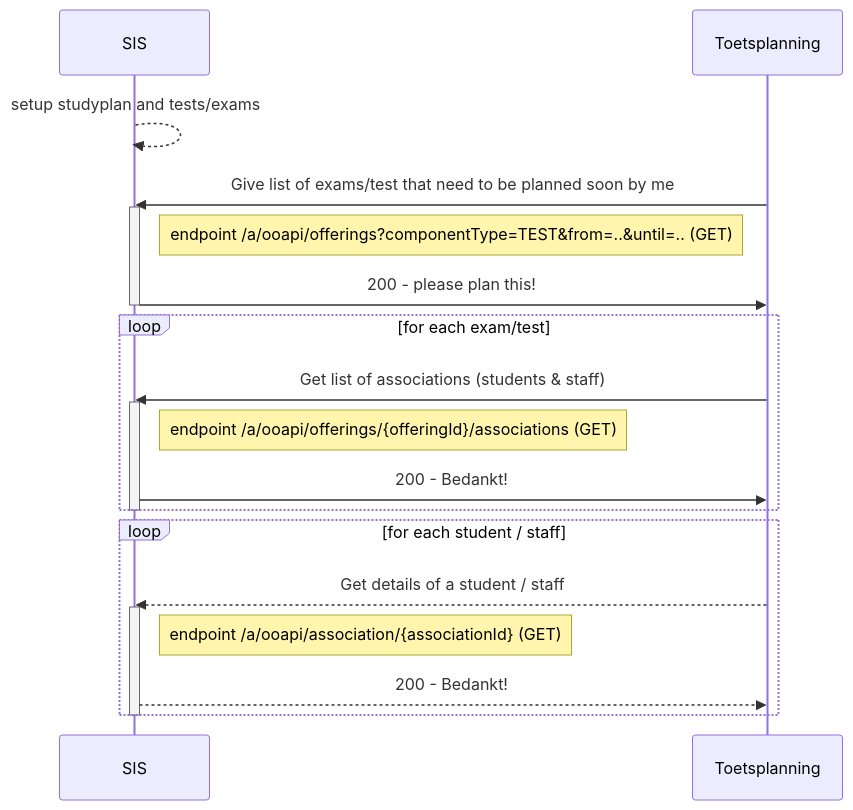
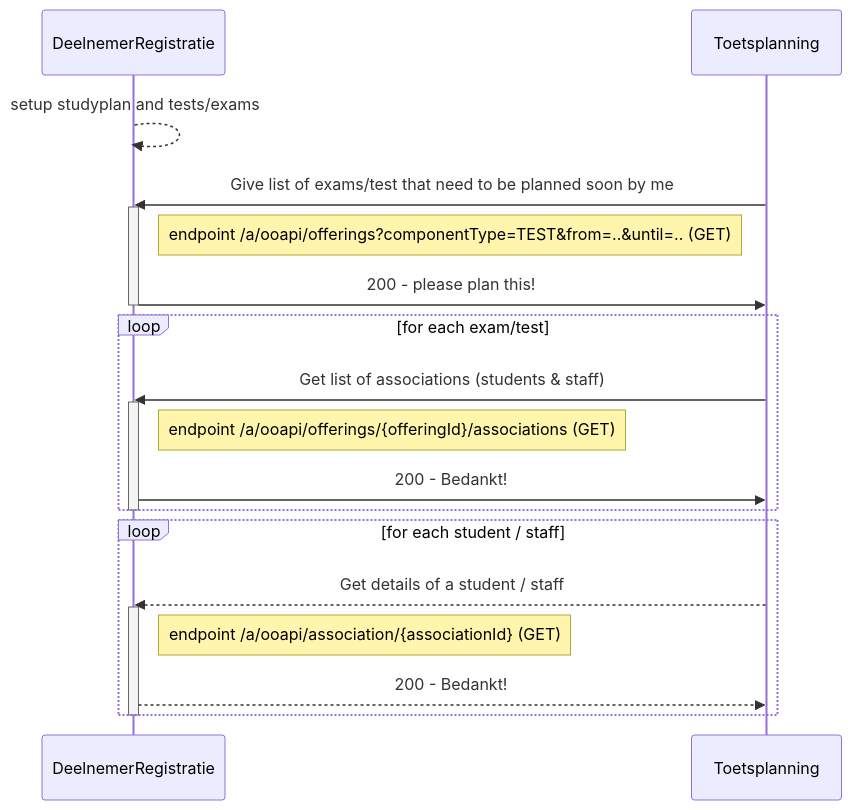
Before and after one commit to NetwerkExamineringDigitalisering/NED-OOAPI: the first of 5 diagrams in doc/flow1.md, drawn with Mermaid. The commit also changed other lines of this file, not shown here.

````diff
--- a/doc/flow1.md
+++ b/doc/flow1.md
@@ -60,28 +60,28 @@
 ```mermaid
 sequenceDiagram
-    participant SIS
+    participant DeelnemerRegistratie
     participant Toetsplanning
-    SIS-->>SIS: setup studyplan and tests/exams
-    Toetsplanning->>SIS : Give list of exams/test that need to be planned soon by me
-    activate SIS
-    Note right of SIS: endpoint /a/ooapi/offerings?componentType=TEST&from=..&until=.. (GET)
-    SIS->>Toetsplanning : 200 - please plan this!
-    deactivate SIS
+    DeelnemerRegistratie-->>DeelnemerRegistratie: setup studyplan and tests/exams
+    Toetsplanning->>DeelnemerRegistratie : Give list of exams/test that need to be planned soon by me
+    activate DeelnemerRegistratie
+    Note right of DeelnemerRegistratie: endpoint /a/ooapi/offerings?componentType=TEST&from=..&until=.. (GET)
+    DeelnemerRegistratie->>Toetsplanning : 200 - please plan this!
+    deactivate DeelnemerRegistratie
 
     loop for each exam/test
-        Toetsplanning->>SIS: Get list of associations (students & staff)
-        activate SIS
-        Note right of SIS: endpoint /a/ooapi/offerings/{offeringId}/associations (GET)
-        SIS->>Toetsplanning: 200 - Bedankt!
+        Toetsplanning->>DeelnemerRegistratie: Get list of associations (students & staff)
+        activate DeelnemerRegistratie
+        Note right of DeelnemerRegistratie: endpoint /a/ooapi/offerings/{offeringId}/associations (GET)
+        DeelnemerRegistratie->>Toetsplanning: 200 - Bedankt!
     end
-    deactivate SIS
+    deactivate DeelnemerRegistratie
 
     loop for each student / staff
-        Toetsplanning-->>SIS: Get details of a student / staff
-        activate SIS
-        Note right of SIS: endpoint /a/ooapi/association/{associationId} (GET)
-        SIS-->>Toetsplanning: 200 - Bedankt!
+        Toetsplanning-->>DeelnemerRegistratie: Get details of a student / staff
+        activate DeelnemerRegistratie
+        Note right of DeelnemerRegistratie: endpoint /a/ooapi/association/{associationId} (GET)
+        DeelnemerRegistratie-->>Toetsplanning: 200 - Bedankt!
     end
-    deactivate SIS
+    deactivate DeelnemerRegistratie
 
 ```
````
